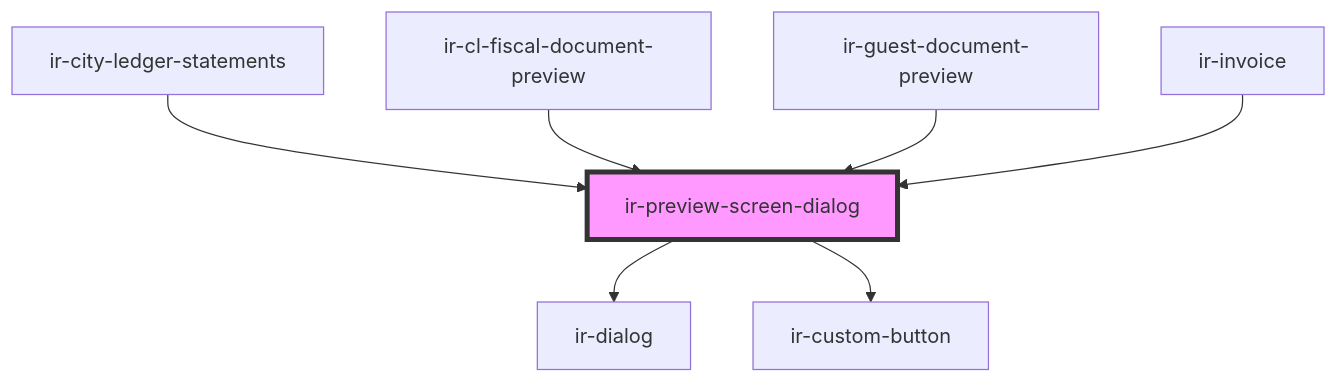
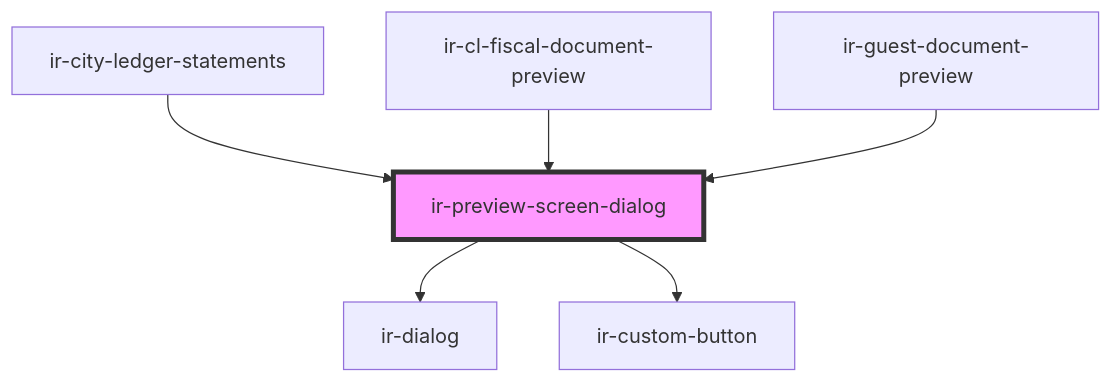
Before and after one commit to RonyRizk/ir-webcmp: the diagram in src/components/ir-preview-screen-dialog/readme.md, drawn with Mermaid. The commit also changed other lines of this file and 31 other files, not shown here.

````diff
--- a/src/components/ir-preview-screen-dialog/readme.md
+++ b/src/components/ir-preview-screen-dialog/readme.md
@@ -85,10 +84,9 @@
 ```mermaid
 graph TD;
   ir-preview-screen-dialog --> ir-dialog
   ir-preview-screen-dialog --> ir-custom-button
   ir-city-ledger-statements --> ir-preview-screen-dialog
   ir-cl-fiscal-document-preview --> ir-preview-screen-dialog
   ir-guest-document-preview --> ir-preview-screen-dialog
-  ir-invoice --> ir-preview-screen-dialog
   style ir-preview-screen-dialog fill:#f9f,stroke:#333,stroke-width:4px
 ```
````
